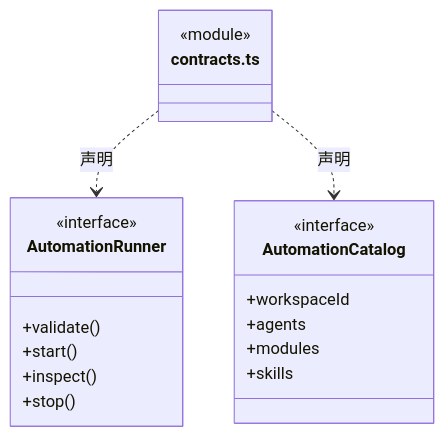
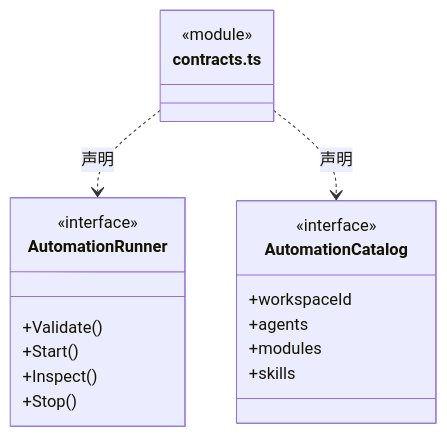
One commit to nan023062/cbim changed the third of 5 diagrams in src/logic/automation/rules/ARCHITECTURE.md. Above: the diagram before and after it, drawn with Mermaid. The commit also changed other lines of this file and 1035 other files, not shown here.

````diff
--- a/src/logic/automation/rules/ARCHITECTURE.md
+++ b/src/logic/automation/rules/ARCHITECTURE.md
@@ -79,22 +79,22 @@
 ```mermaid
 classDiagram
 class N_src_logic_automation_rules_contracts_ts["contracts.ts"] {
   <<module>>
 }
 class N_src_logic_automation_rules_contracts_ts_AutomationRunner["AutomationRunner"] {
   <<interface>>
-  +validate()
-  +start()
-  +inspect()
-  +stop()
+  +Validate()
+  +Start()
+  +Inspect()
+  +Stop()
 }
 N_src_logic_automation_rules_contracts_ts ..> N_src_logic_automation_rules_contracts_ts_AutomationRunner : 声明
 class N_src_logic_automation_rules_contracts_ts_AutomationCatalog["AutomationCatalog"] {
   <<interface>>
   +workspaceId
   +agents
   +modules
   +skills
 }
 N_src_logic_automation_rules_contracts_ts ..> N_src_logic_automation_rules_contracts_ts_AutomationCatalog : 声明
 ```
````
